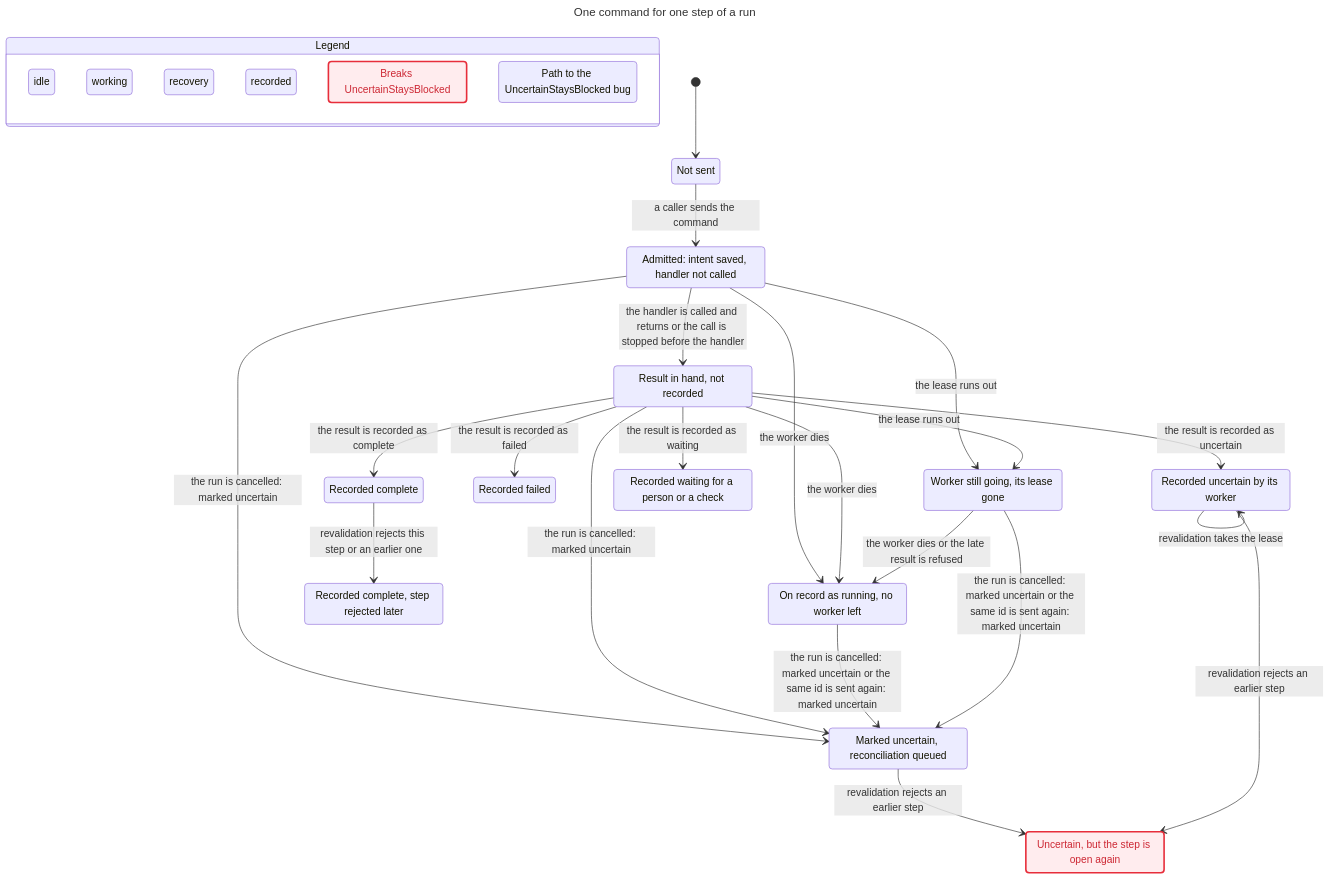
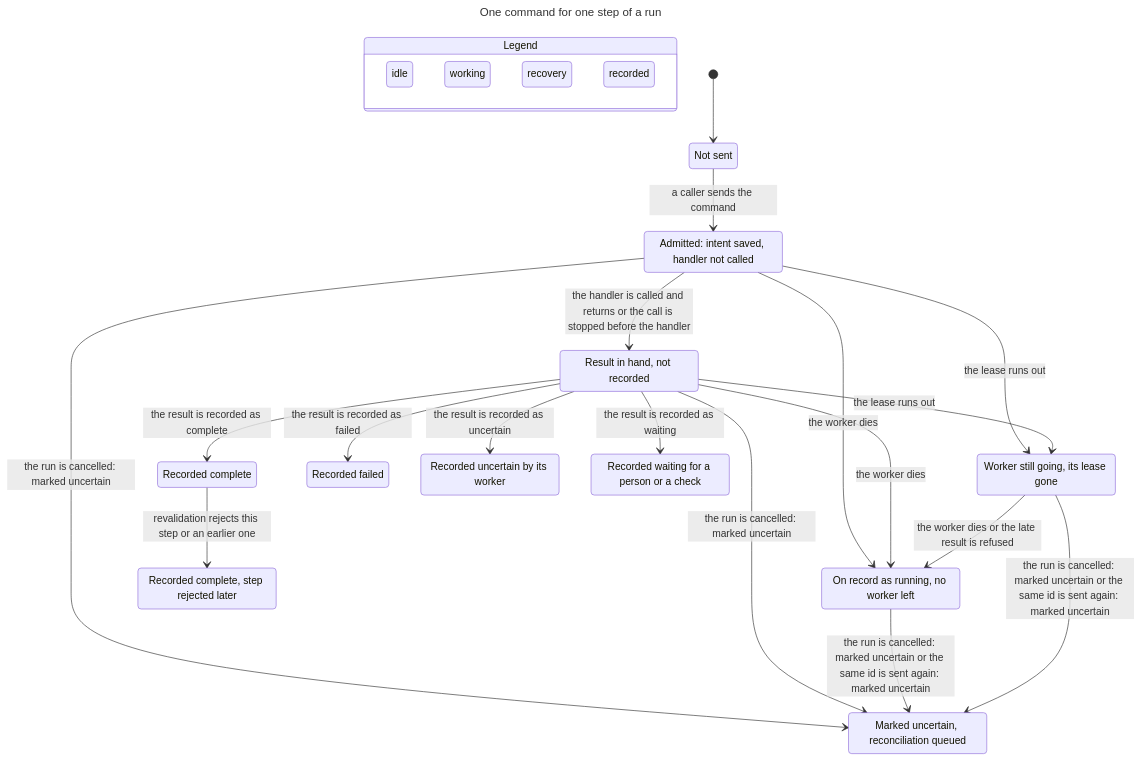
Before and after one commit to Tyler-R-Kendrick/ceremony: the diagram in verification/commands/chart.mmd, drawn with Mermaid. The commit also changed 21 other files, not shown here.

First line of the commit message:
chore(verification): the commands model keeps an uncertain or exhausted step through a revalidation

```diff
--- a/verification/commands/chart.mmd
+++ b/verification/commands/chart.mmd
@@ -1,69 +1,53 @@
 ---
 title: "One command for one step of a run"
 ---
 stateDiagram-v2
   state "Legend" as legend {
     lg0: idle
     lg1: working
     lg2: recovery
     lg3: recorded
-    lg4: Breaks UncertainStaysBlocked
-    lg5: Path to the UncertainStaysBlocked bug
   }
   class lg0 tan
   class lg1 blue
   class lg2 orange
   class lg3 purple
-  class lg4 breaks
-  class lg5 bugPath
   s0: Not sent
   s1: Admitted: intent saved, handler not called
   s2: Result in hand, not recorded
   s3: On record as running, no worker left
   s4: Worker still going, its lease gone
   s5: Marked uncertain, reconciliation queued
   s6: Recorded complete
   s7: Recorded failed
   s8: Recorded uncertain by its worker
   s9: Recorded waiting for a person or a check
   s10: Recorded complete, step rejected later
-  s11: Uncertain, but the step is open again
   [*] --> s0
   s0 --> s1: a caller sends the command
   s1 --> s2: the handler is called and returns or the call is stopped before the handler
   s1 --> s3: the worker dies
   s1 --> s4: the lease runs out
   s1 --> s5: the run is cancelled: marked uncertain
   s2 --> s3: the worker dies
   s2 --> s4: the lease runs out
   s2 --> s6: the result is recorded as complete
   s2 --> s5: the run is cancelled: marked uncertain
   s2 --> s7: the result is recorded as failed
   s3 --> s5: the run is cancelled: marked uncertain or the same id is sent again: marked uncertain
   s2 --> s8: the result is recorded as uncertain
   s2 --> s9: the result is recorded as waiting
   s4 --> s5: the run is cancelled: marked uncertain or the same id is sent again: marked uncertain
   s4 --> s3: the worker dies or the late result is refused
-  s8 --> s8: revalidation takes the lease
   s6 --> s10: revalidation rejects this step or an earlier one
-  s5 --> s11: revalidation rejects an earlier step
-  s8 --> s11: revalidation rejects an earlier step
-  classDef breaks fill:#ffecee,stroke:#e72e3b,stroke-width:2.5px,color:#cd2834
   class s0 tan
-  class s0 bugPath
   class s1 blue
-  class s1 bugPath
   class s2 blue
-  class s2 bugPath
   class s3 orange
   class s4 blue
   class s5 purple
   class s6 purple
   class s7 purple
   class s8 purple
-  class s8 bugPath
   class s9 purple
   class s10 purple
-  class s11 purple
-  class s11 breaks
-  class s11 bugPath
```
